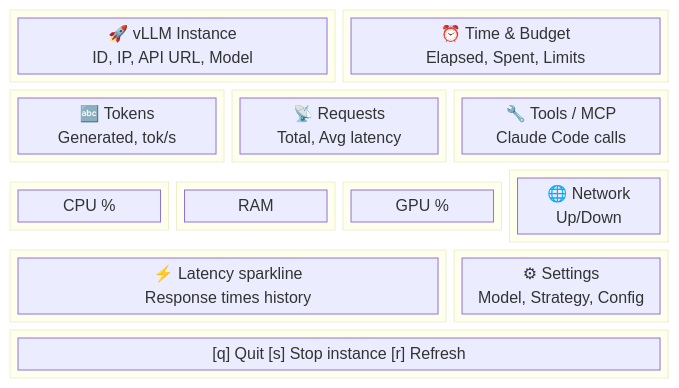
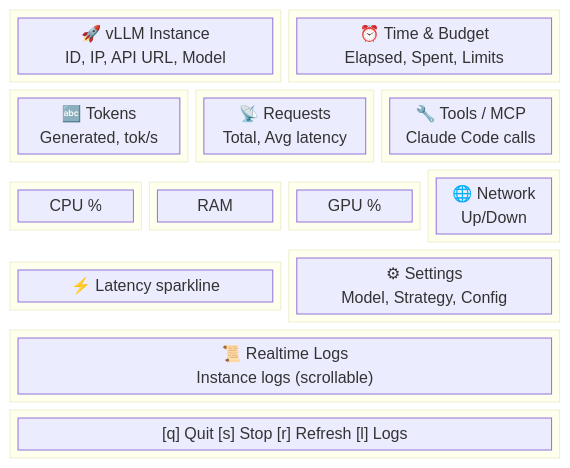
Before and after one commit to magicpro97/vllm-deploy: the diagram in docs/dashboard.md, drawn with Mermaid. The commit also changed other lines of this file and 1 other file, not shown here.

Commit message:
feat: add realtime logs panel to dashboard
- New scrollable logs panel (row 10-11) with auto-fetch every 15s
- Deduplication: won't show same log line twice
- Hotkey [l] to manually refresh logs
- Grid expanded to 13 rows to fit new panel
- Latency + Settings compacted to 2 rows each
- Updated docs/dashboard.md with new panel and hotkey

````diff
--- a/docs/dashboard.md
+++ b/docs/dashboard.md
@@ -19,45 +19,49 @@
 ```mermaid
 block-beta
   columns 12
 
   block:header:6
     A["🚀 vLLM Instance\nID, IP, API URL, Model"]
   end
   block:time:6
     B["⏰ Time & Budget\nElapsed, Spent, Limits"]
   end
 
   block:tokens:4
     C["🔤 Tokens\nGenerated, tok/s"]
   end
   block:requests:4
     D["📡 Requests\nTotal, Avg latency"]
   end
   block:tools:4
     E["🔧 Tools / MCP\nClaude Code calls"]
   end
 
   block:cpu:3
     F["CPU %"]
   end
   block:ram:3
     G["RAM"]
   end
   block:gpu:3
     H["GPU %"]
   end
   block:net:3
     I["🌐 Network\nUp/Down"]
   end
 
-  block:latency:8
-    J["⚡ Latency sparkline\nResponse times history"]
+  block:latency:6
+    J["⚡ Latency sparkline"]
   end
-  block:settings:4
+  block:settings:6
     K["⚙ Settings\nModel, Strategy, Config"]
   end
 
+  block:logs:12
+    L2["📜 Realtime Logs\nInstance logs (scrollable)"]
+  end
+
   block:hotkeys:12
-    L["[q] Quit  [s] Stop instance  [r] Refresh"]
+    L["[q] Quit  [s] Stop  [r] Refresh  [l] Logs"]
   end
 ```
````
